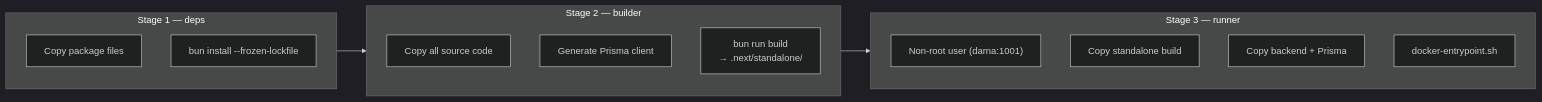
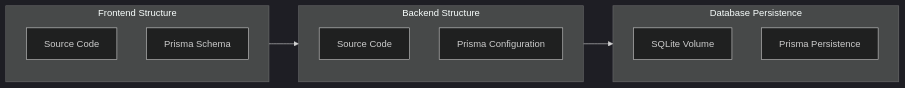
Before and after one commit to selmahacii/Darna4commerce: the sixth of 8 diagrams in README.md, drawn with Mermaid (dark theme). The commit also changed other lines of this file and 12 other files, not shown here.

````diff
--- a/README.md
+++ b/README.md
@@ -392,22 +272,19 @@
 ```mermaid
 graph LR
-    subgraph Stage1["Stage 1 — deps"]
-        S1A["Copy package files"]
-        S1B["bun install --frozen-lockfile"]
+    subgraph Frontend["Frontend Structure"]
+        S1A["Source Code"]
+        S1B["Prisma Schema"]
     end
 
-    subgraph Stage2["Stage 2 — builder"]
-        S2A["Copy all source code"]
-        S2B["Generate Prisma client"]
-        S2C["bun run build<br/>→ .next/standalone/"]
+    subgraph Backend["Backend Structure"]
+        S2A["Source Code"]
+        S2B["Prisma Configuration"]
     end
 
-    subgraph Stage3["Stage 3 — runner"]
-        S3A["Non-root user (darna:1001)"]
-        S3B["Copy standalone build"]
-        S3C["Copy backend + Prisma"]
-        S3D["docker-entrypoint.sh"]
+    subgraph DB["Database Persistence"]
+        S3A["SQLite Volume"]
+        S3B["Prisma Persistence"]
     end
 
-    Stage1 --> Stage2 --> Stage3
+    Frontend --> Backend --> DB
 ```
````
